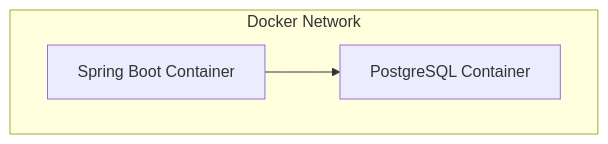
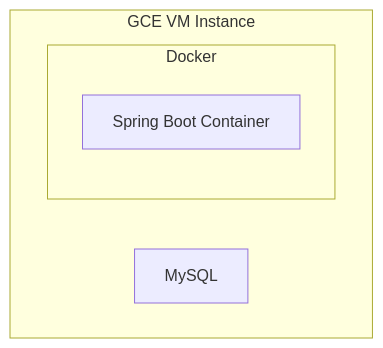
Before and after one commit to DodoNehir/testcherry: the diagram in README.md, drawn with Mermaid. The commit also changed other lines of this file, not shown here.

````diff
--- a/README.md
+++ b/README.md
@@ -14,8 +15,9 @@
 ```mermaid
 graph TD
-subgraph Docker Network
-    A[Spring Boot Container]
-    B[PostgreSQL Container]
-end
-A --> B
+    subgraph GCE VM Instance
+        C[MySQL]
+        subgraph Docker
+            A[Spring Boot Container]
+        end
+    end
 ```
````
